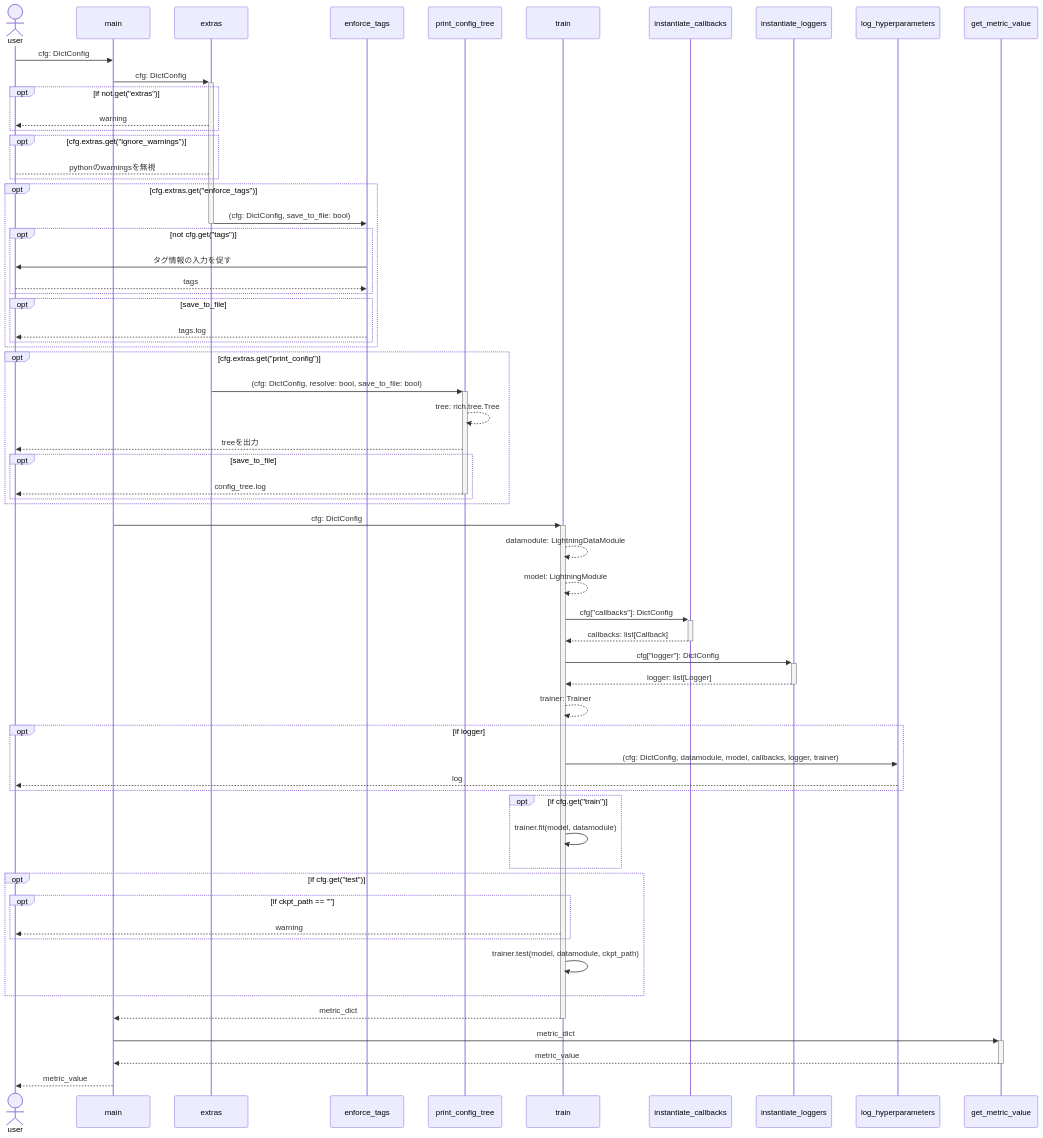
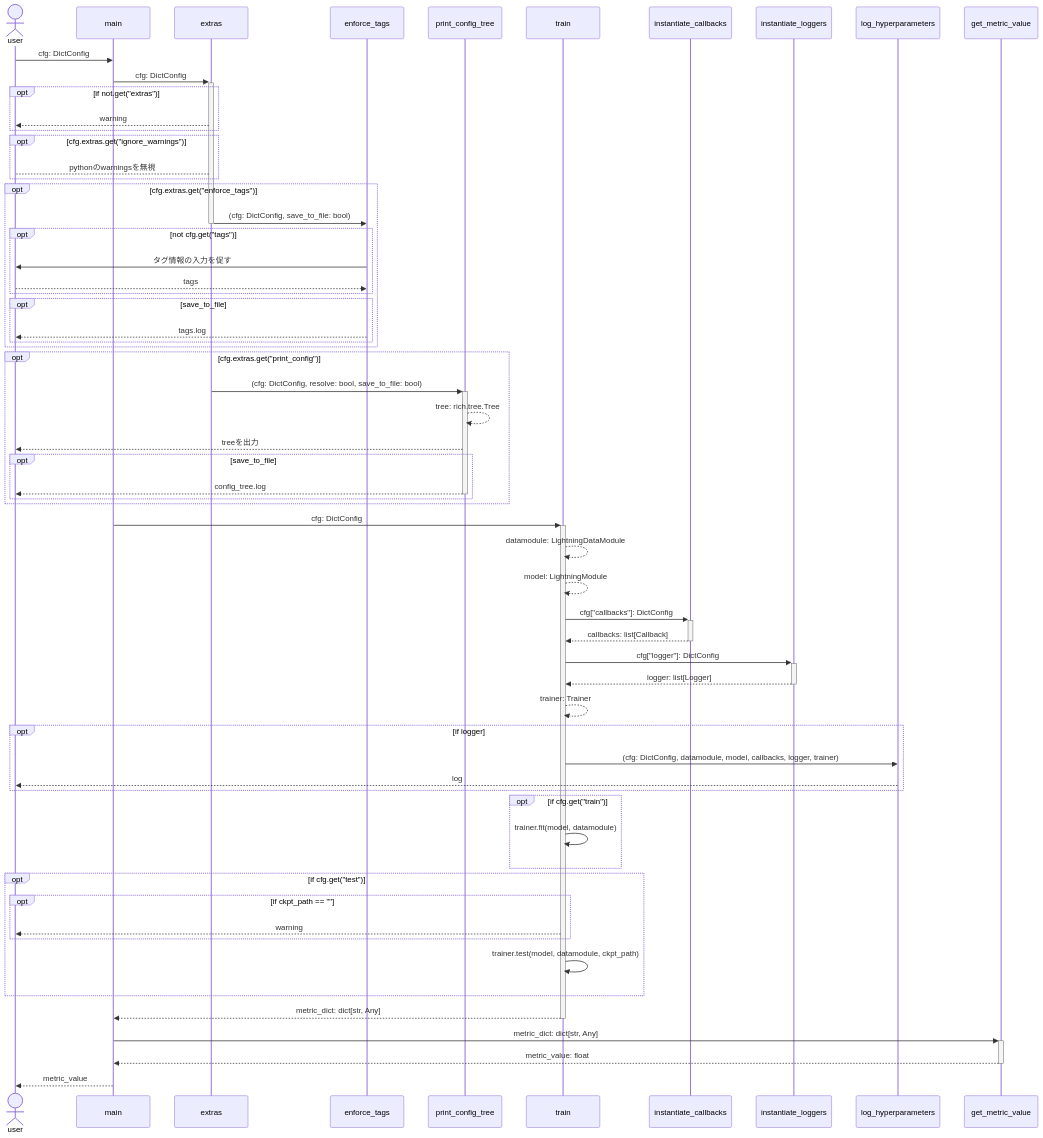
The diagram in README.md (shin-sui/ml-pipeline), drawn with Mermaid before and after one commit.

Commit message:
Update sequence diagram

````diff
--- a/README.md
+++ b/README.md
@@ -14,55 +14,55 @@
 ```mermaid
 sequenceDiagram
     actor user
     user ->> main: cfg: DictConfig
     main ->>+ extras: cfg: DictConfig
     opt if not.get("extras")
         extras -->> user: warning
     end
     opt cfg.extras.get("ignore_warnings")
         extras --> user: pythonのwarningsを無視
     end
     opt cfg.extras.get("enforce_tags")
         extras ->>- enforce_tags: (cfg: DictConfig, save_to_file: bool)
         opt not cfg.get("tags")
             enforce_tags ->> user: タグ情報の入力を促す
             user -->> enforce_tags: tags
         end
         opt save_to_file
             enforce_tags -->> user: tags.log
         end
     end
     opt cfg.extras.get("print_config")
         extras ->>+ print_config_tree: (cfg: DictConfig, resolve: bool, save_to_file: bool)
         print_config_tree -->> print_config_tree: tree: rich.tree.Tree
         print_config_tree -->> user: treeを出力
         opt save_to_file
             print_config_tree -->>- user: config_tree.log
         end
     end
     main ->>+ train: cfg: DictConfig
     train -->> train: datamodule: LightningDataModule
     train -->> train: model: LightningModule
     train ->>+ instantiate_callbacks: cfg["callbacks"]: DictConfig
     instantiate_callbacks -->>- train: callbacks: list[Callback]
     train ->>+ instantiate_loggers: cfg["logger"]: DictConfig
     instantiate_loggers -->>- train: logger: list[Logger]
     train -->> train: trainer: Trainer
     opt if logger
         train ->> log_hyperparameters: (cfg: DictConfig, datamodule, model, callbacks, logger, trainer)
         log_hyperparameters -->> user: log
     end
     opt if cfg.get("train")
         train ->> train: trainer.fit(model, datamodule)
     end
     opt if cfg.get("test")
         opt if ckpt_path == ""
             train -->> user: warning
         end
         train ->> train: trainer.test(model, datamodule, ckpt_path)
     end
-    train -->>- main: metric_dict
-    main ->>+ get_metric_value: metric_dict
-    get_metric_value -->>- main: metric_value
+    train -->>- main: metric_dict: dict[str, Any]
+    main ->>+ get_metric_value: metric_dict: dict[str, Any]
+    get_metric_value -->>- main: metric_value: float
     main -->> user: metric_value
 ```
````
